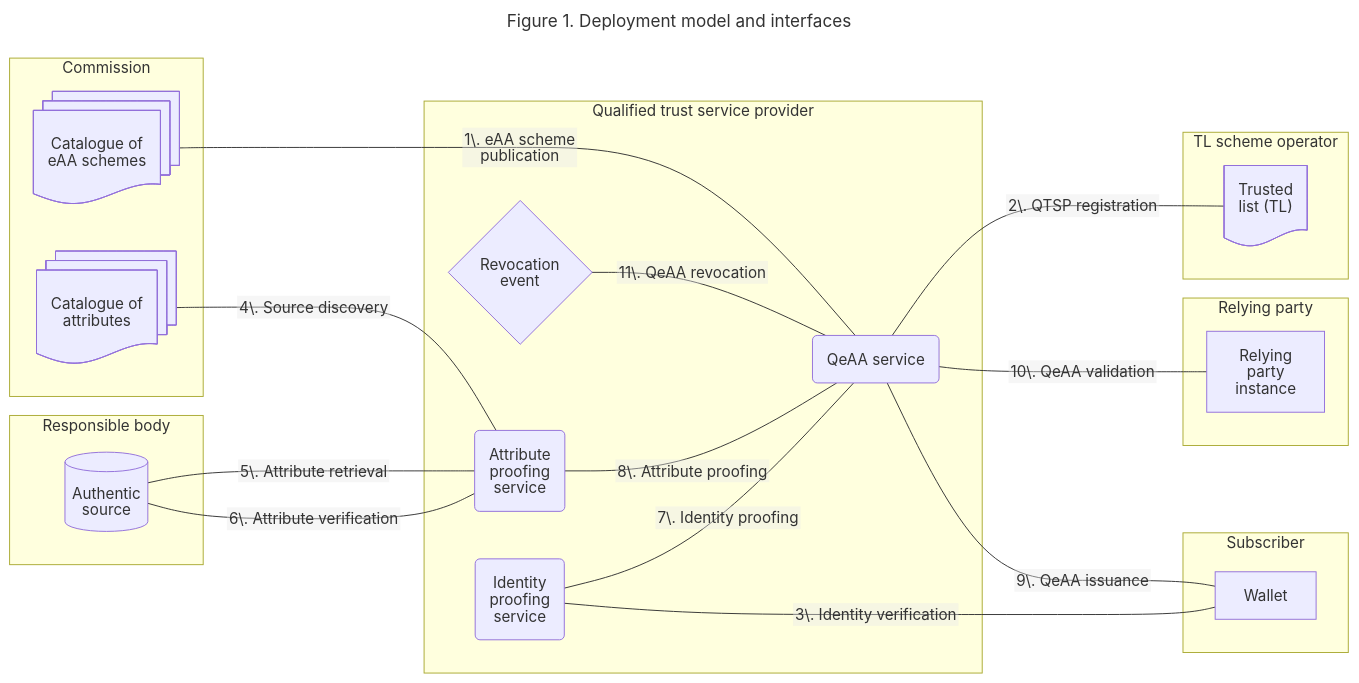
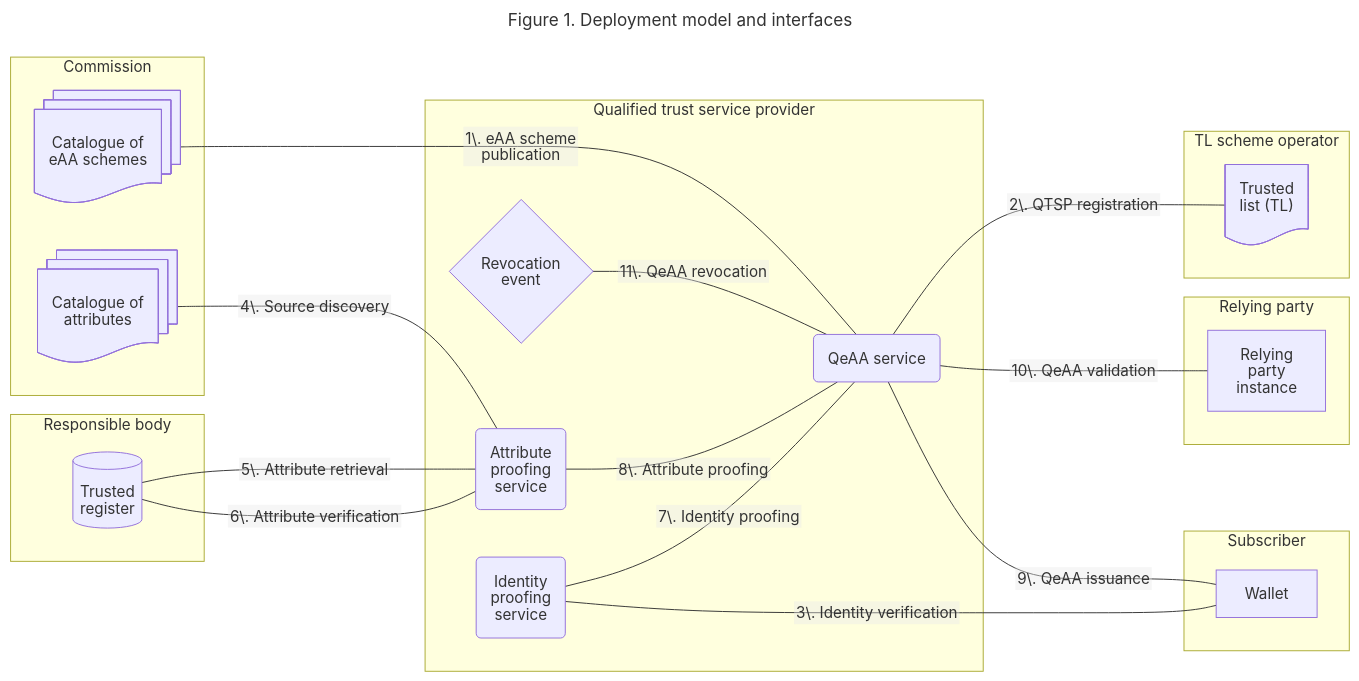
Before and after one commit to webuild-consortium/wp4-qtsp-group: the first of 4 diagrams in docs/qeaa/architecture.md, drawn with Mermaid. The commit also changed other lines of this file, not shown here.

````diff
--- a/docs/qeaa/architecture.md
+++ b/docs/qeaa/architecture.md
@@ -48,55 +50,55 @@
 ```mermaid
 ---
 title: Figure 1. Deployment model and interfaces
 config:
   htmlLabels: false
   markdownAutoWrap: true
   flowchart:
     #defaultRenderer: "elk"
 ---
 flowchart LR
 subgraph Responsible body
-    AS[Authentic
-    source]@{shape: cyl}
+    AS[Trusted
+    register]@{shape: cyl}
 end
 subgraph EC[Commission]
     CatAtt[Catalogue of
     attributes]@{shape: docs}
     CatSch[Catalogue of
     eAA schemes]@{shape: docs}
 end
 subgraph QTSP[Qualified trust service provider]
     APS[Attribute
     proofing
     service]@{shape: rounded}
     IPS[Identity
     proofing
     service]@{shape: rounded}
     EAAS["QeAA service"]@{shape: rounded}
     Rev[Revocation
     event]@{shape: diamond}
 end
 subgraph Sub[Subscriber]
     Wallet
 end
 subgraph Relying party
     RP["Relying
     party
     instance"]
 end
 subgraph "TL scheme operator"
     TL["Trusted
     list (TL)"]@{shape: doc}
 end
 CatSch ---|1\. eAA scheme publication| EAAS
 EAAS   ---|2\. QTSP registration     | TL
 EAAS   ---|9\. QeAA issuance         | Wallet
 IPS    ---|3\. Identity verification | Wallet
 CatAtt ---|4\. Source discovery      | APS
 AS     ---|5\. Attribute retrieval   | APS
 AS     ---|6\. Attribute verification| APS
 Rev    ---|11\. QeAA revocation      | EAAS
 APS    ---|8\. Attribute proofing   | EAAS
 IPS    ---|7\. Identity proofing     | EAAS
 EAAS   ---|10\. QeAA validation       | RP
 ```
````
